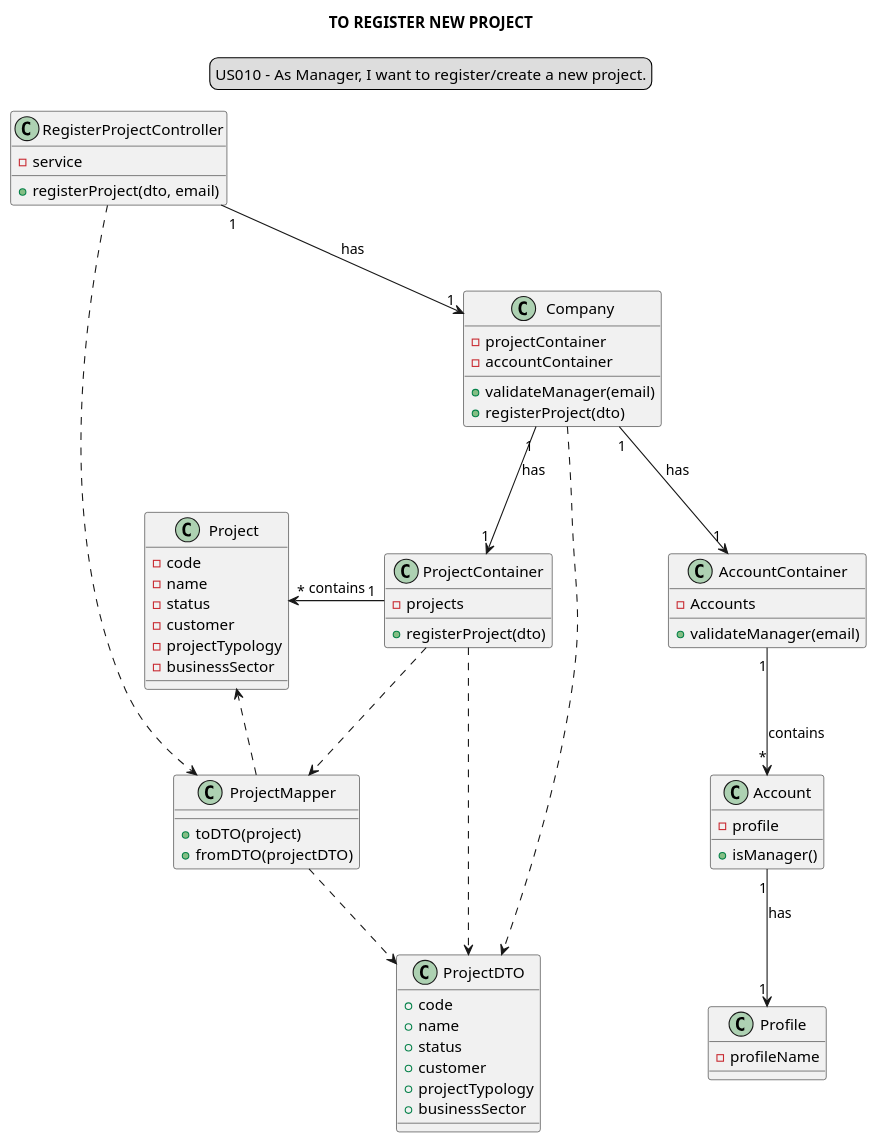
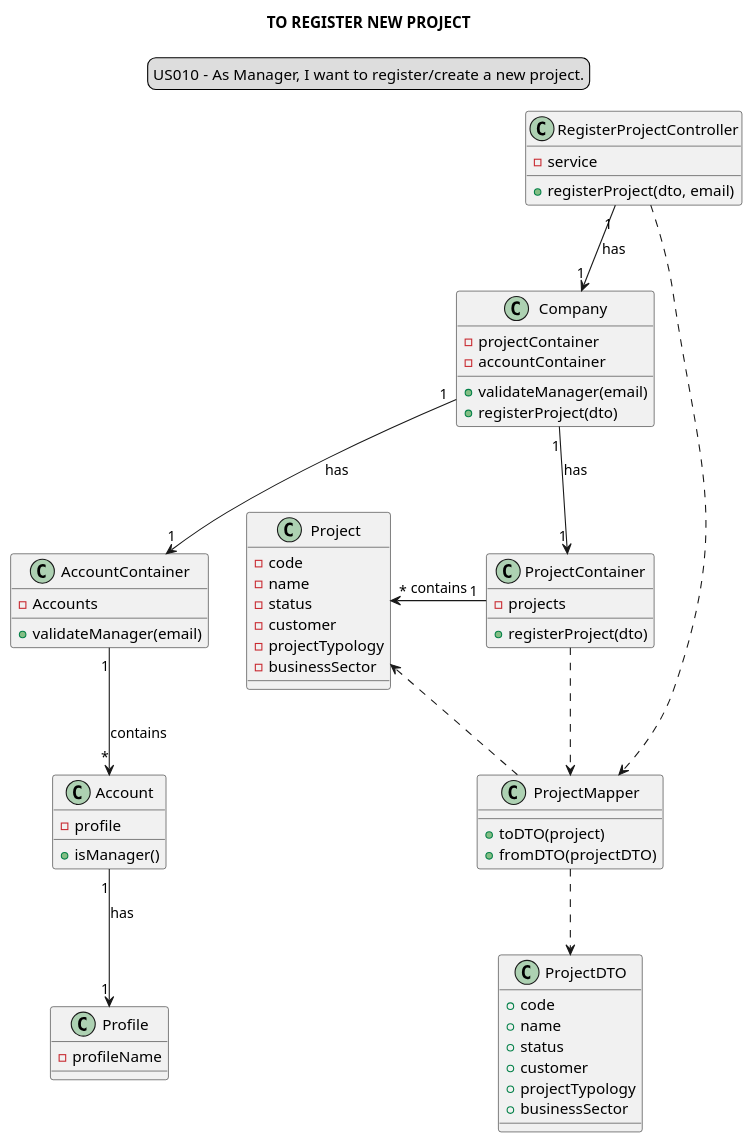
One commit to Loracline/project_switch_22-23 changed the diagram in docs/modelling_design/user_stories/sprint02/us010/US010_classDiagram.puml. Above: the diagram before and after it, drawn with PlantUML. The commit also changed 4 other files, not shown here.

First line of the commit message:
US010 : Design : Refinement of class diagram

```diff
--- a/docs/modelling_design/user_stories/sprint02/us010/US010_classDiagram.puml
+++ b/docs/modelling_design/user_stories/sprint02/us010/US010_classDiagram.puml
@@ -1,75 +1,73 @@
 @startuml
 
 skinparam sequenceMessageAlign center
 title TO REGISTER NEW PROJECT
 legend top
 US010 - As Manager, I want to register/create a new project.
 end legend
 
 class RegisterProjectController {
 - service
 + registerProject(dto, email)
 }
 
 
 class Company {
 - projectContainer
 - accountContainer
 + validateManager(email)
 + registerProject(dto)
 }
 class AccountContainer {
 + validateManager(email)
 - Accounts
 }
 
 class Account {
 + isManager()
 - profile
 }
 
 class Profile {
 -profileName
 }
 
 class ProjectContainer {
 - projects
 + registerProject(dto)
 }
 
 class ProjectMapper{
 + toDTO(project)
 + fromDTO(projectDTO)
 }
 
 class ProjectDTO{
 + code
 + name
 + status
 + customer
 + projectTypology
 + businessSector
 }
 
 class Project{
 - code
 - name
 - status
 - customer
 - projectTypology
 - businessSector
 }
 
 RegisterProjectController "1"-->"1" Company: has
 Company "1"-->"1" ProjectContainer: has
 Company "1"-->"1" AccountContainer: has
 AccountContainer "1"-->"*" Account: contains
 Account "1"-->"1" Profile: has
 ProjectMapper ..> ProjectDTO
 ProjectContainer ..> ProjectMapper
 RegisterProjectController ..> ProjectMapper
-Company ..> ProjectDTO
-ProjectContainer..> ProjectDTO
 ProjectMapper ..> Project
 ProjectContainer "1" -left-> "*" Project: contains
 @enduml
```
